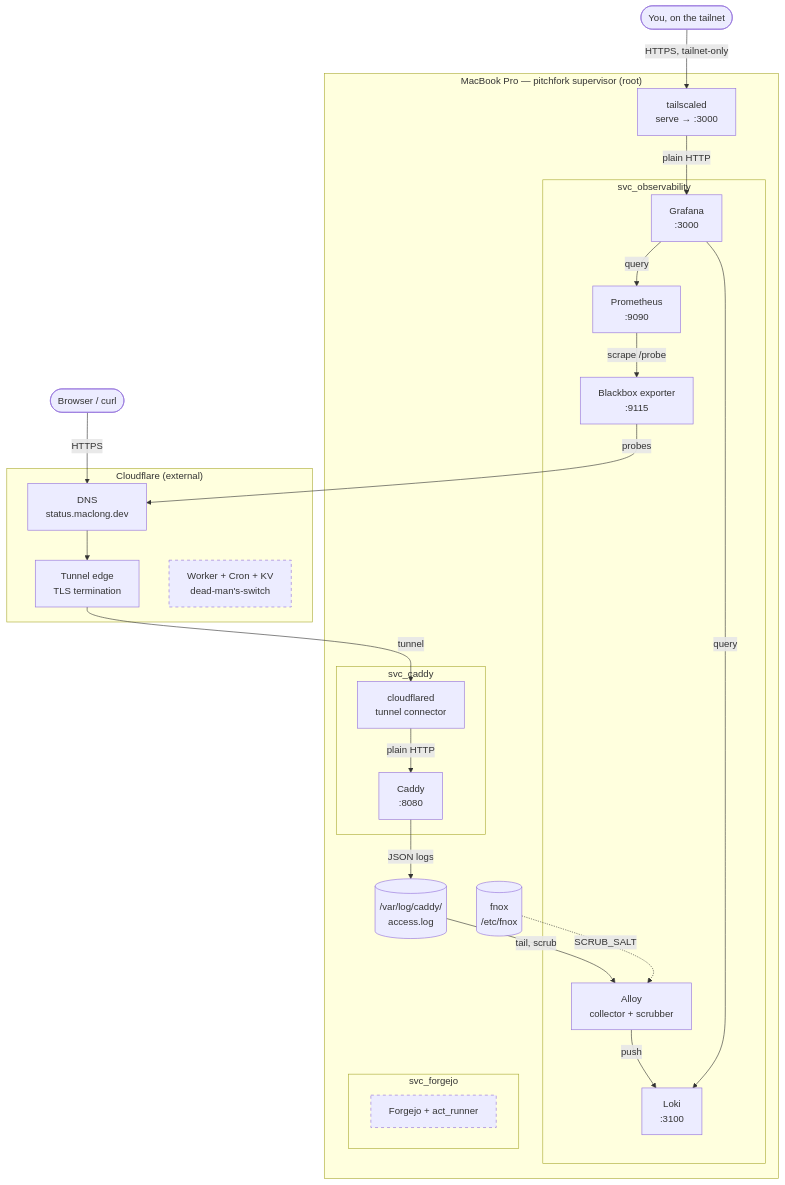
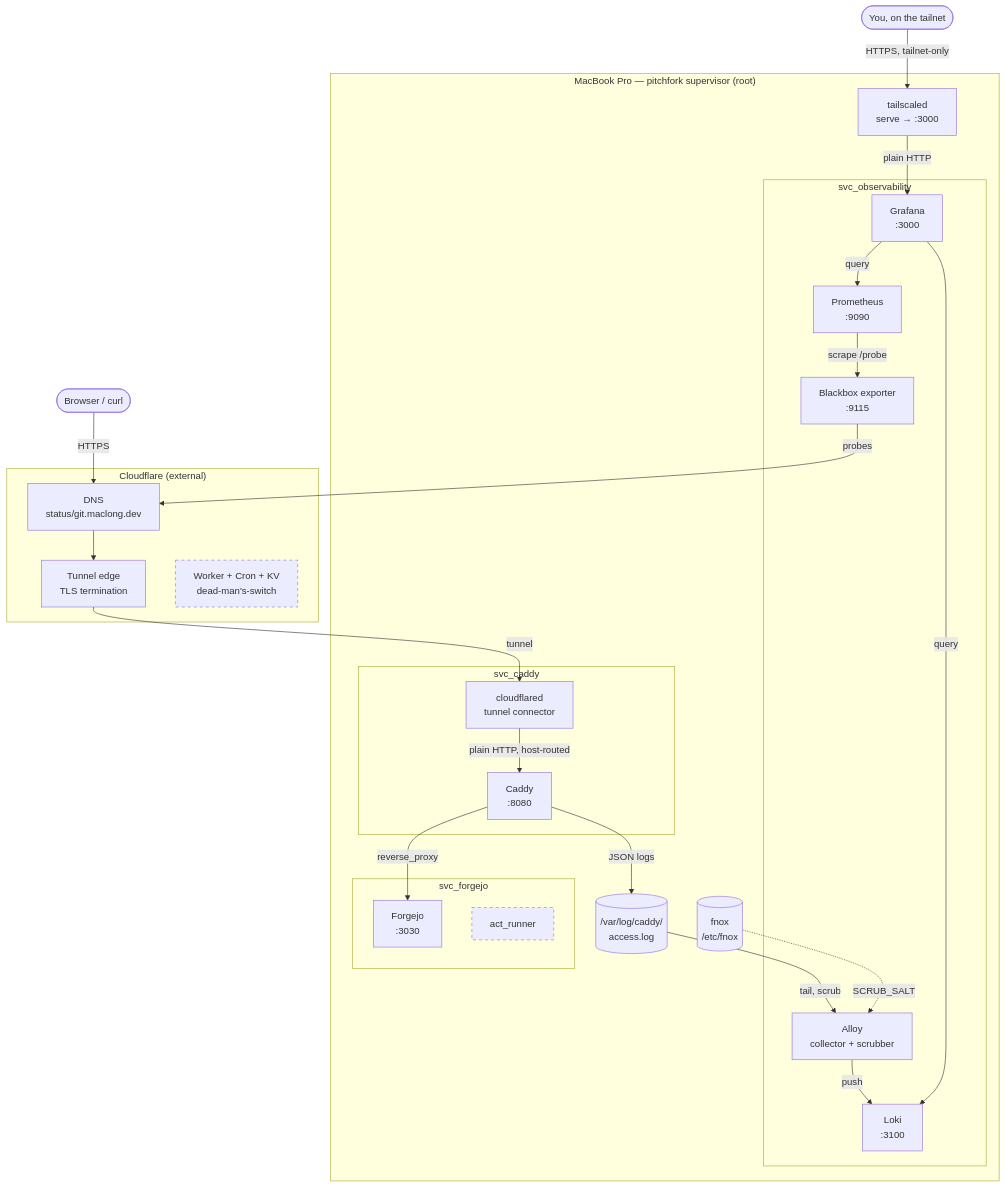
One commit to mac95sb/configuration changed the diagram in README.md. Above: the diagram before and after it, drawn with Mermaid. The commit also changed other lines of this file and 6 other files, not shown here.

First line of the commit message:
Add Forgejo, public via git.maclong.dev

````diff
--- a/README.md
+++ b/README.md
@@ -11,47 +11,49 @@
 ```mermaid
 flowchart TB
     User(["Browser / curl"])
     You(["You, on the tailnet"])
 
     subgraph CF["Cloudflare (external)"]
-        DNS["DNS\nstatus.maclong.dev"]
+        DNS["DNS\nstatus/git.maclong.dev"]
         Edge["Tunnel edge\nTLS termination"]
         DMS["Worker + Cron + KV\ndead-man's-switch"]:::planned
     end
 
     subgraph Host["MacBook Pro — pitchfork supervisor (root)"]
         subgraph SvcCaddy["svc_caddy"]
             Cloudflared["cloudflared\ntunnel connector"]
             Caddy["Caddy\n:8080"]
         end
 
         CaddyLog[("/var/log/caddy/\naccess.log")]
 
         subgraph SvcObservability["svc_observability"]
             Blackbox["Blackbox exporter\n:9115"]
             Prometheus["Prometheus\n:9090"]
             Alloy["Alloy\ncollector + scrubber"]
             Loki["Loki\n:3100"]
             Grafana["Grafana\n:3000"]
         end
 
         subgraph SvcForgejo["svc_forgejo"]
-            Forgejo["Forgejo + act_runner"]:::planned
+            Forgejo["Forgejo\n:3030"]
+            ActRunner["act_runner"]:::planned
         end
 
         Fnox[("fnox\n/etc/fnox")]
         Tailscaled["tailscaled\nserve → :3000"]
     end
 
     User -->|HTTPS| DNS --> Edge -->|tunnel| Cloudflared
-    Cloudflared -->|plain HTTP| Caddy
+    Cloudflared -->|plain HTTP, host-routed| Caddy
+    Caddy -->|reverse_proxy| Forgejo
     Caddy -->|JSON logs| CaddyLog -->|tail, scrub| Alloy
     Alloy -->|push| Loki
     Prometheus -->|scrape /probe| Blackbox -->|probes| DNS
     Grafana -->|query| Prometheus
     Grafana -->|query| Loki
     Fnox -.->|SCRUB_SALT| Alloy
     You -->|HTTPS, tailnet-only| Tailscaled -->|plain HTTP| Grafana
 
     classDef planned stroke-dasharray: 5 5
 ```
````
